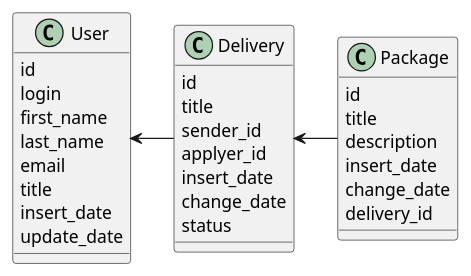
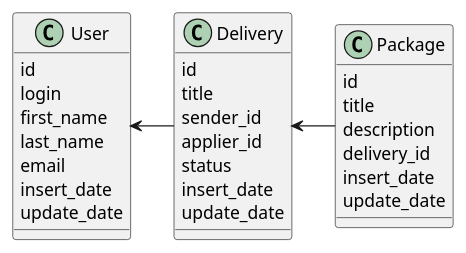
The second of 2 diagrams in docs/components.md (Emilmeister/mai-curs-work-architecturte), drawn with PlantUML before and after one commit. The commit also changed 9 other files, not shown here.

````diff
--- a/docs/components.md
+++ b/docs/components.md
@@ -80,38 +80,37 @@
 ```puml
 @startuml
 
 class User {
   id
   login
   first_name
   last_name
   email
-  title
   insert_date
   update_date
 }
 
 class Package {
   id
   title
   description
+  delivery_id
   insert_date
-  change_date
-  delivery_id
+  update_date
 }
 
 class Delivery {
   id
   title
   sender_id
-  applyer_id
+  applier_id
+  status
   insert_date
-  change_date
-  status
+  update_date
 }
 
 User <- Delivery
 Delivery <- Package
 
 @enduml
 ```
````
